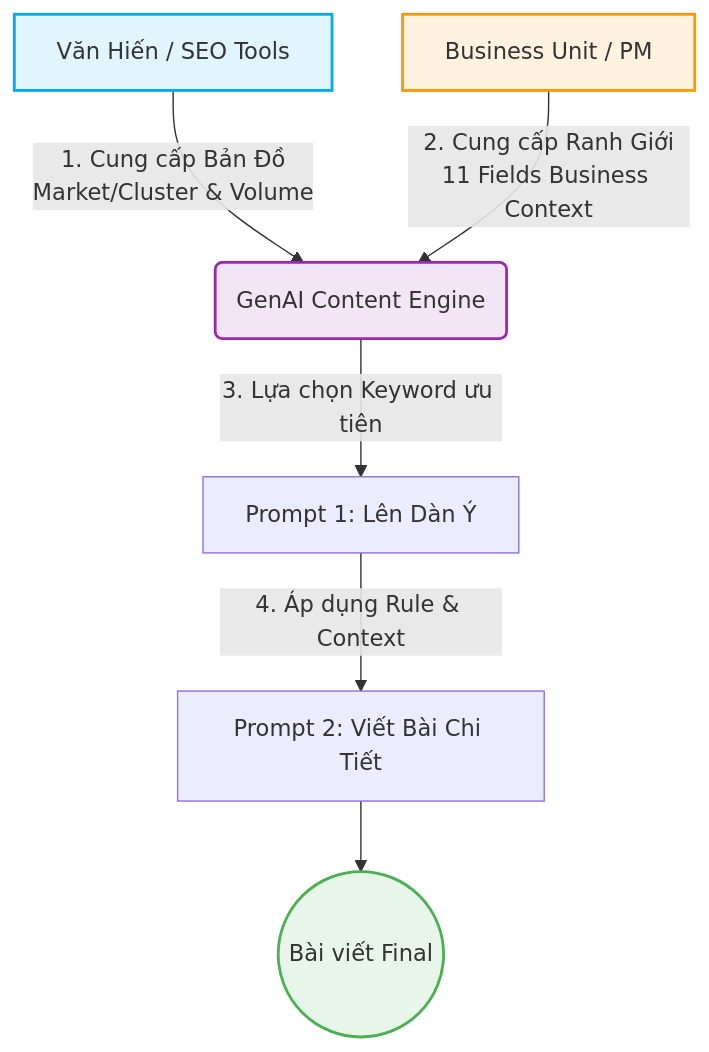
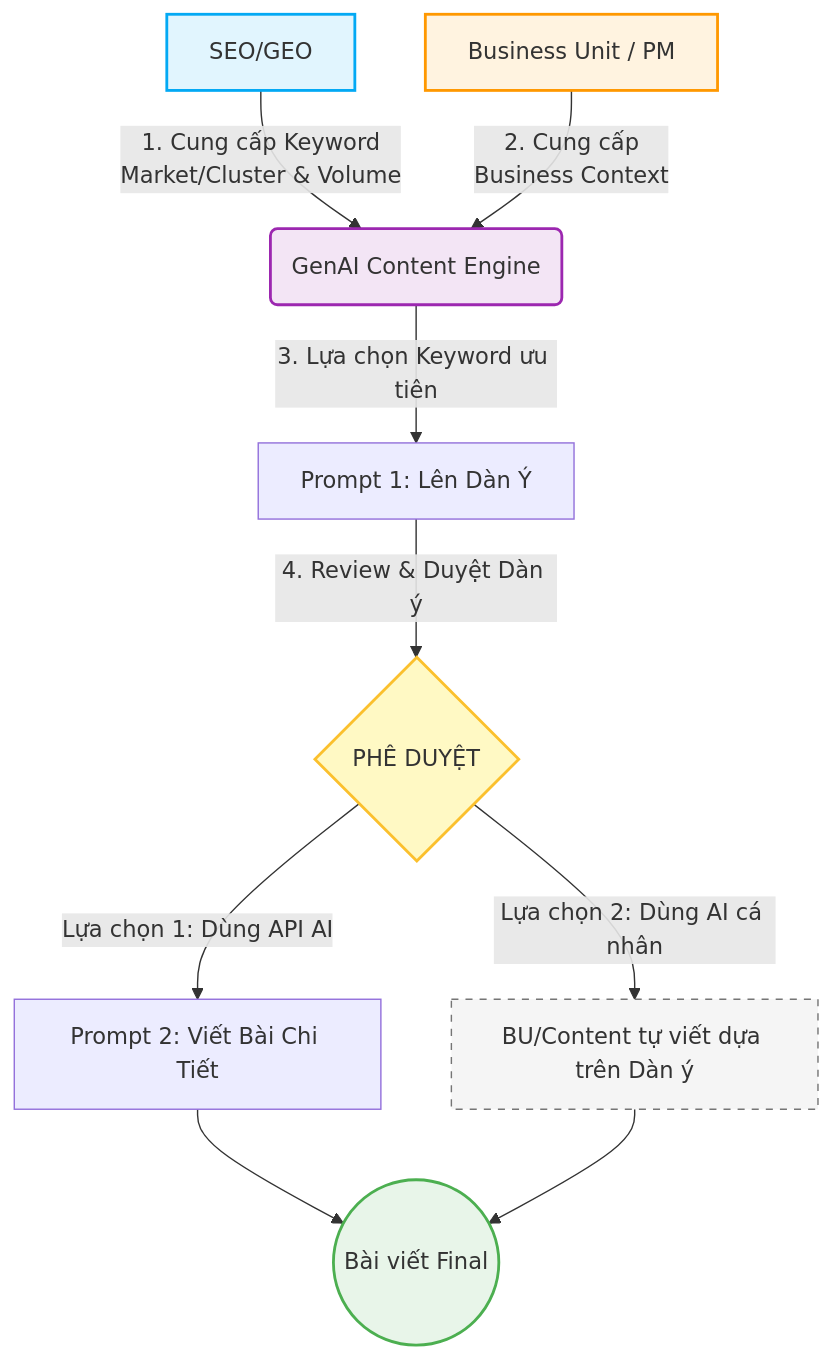
The first of 3 diagrams in 03_MOSPARK_PLATFORM/mospark_genai_content.md (vanhien26/hienho-knowledgebase), drawn with Mermaid before and after one commit. The commit also changed other lines of this file and 27 other files, not shown here.

````diff
--- a/03_MOSPARK_PLATFORM/mospark_genai_content.md
+++ b/03_MOSPARK_PLATFORM/mospark_genai_content.md
@@ -37,15 +37,22 @@
 ```mermaid
 graph TD
-    A[Văn Hiến / SEO Tools] -->|1. Cung cấp Bản Đồ<br/>Market/Cluster & Volume| C(GenAI Content Engine)
-    B[Business Unit / PM] -->|2. Cung cấp Ranh Giới<br/>11 Fields Business Context| C
+    A[SEO/GEO] -->|1. Cung cấp Keyword<br/>Market/Cluster & Volume| C(GenAI Content Engine)
+    B[Business Unit / PM] -->|2. Cung cấp <br/>Business Context| C
     
     C -->|3. Lựa chọn Keyword ưu tiên| D[Prompt 1: Lên Dàn Ý]
-    D -->|4. Áp dụng Rule & Context| E[Prompt 2: Viết Bài Chi Tiết]
+    D -->|4. Review & Duyệt Dàn ý| R{PHÊ DUYỆT}
+    
+    %% Branching
+    R -- "Lựa chọn 1: Dùng API AI" --> E[Prompt 2: Viết Bài Chi Tiết]
+    R -- "Lựa chọn 2: Dùng AI cá nhân" --> M[BU/Content tự viết dựa trên Dàn ý]
     
     E --> F((Bài viết Final))
+    M --> F
     
     style A fill:#e1f5fe,stroke:#03a9f4,stroke-width:2px
     style B fill:#fff3e0,stroke:#ff9800,stroke-width:2px
     style C fill:#f3e5f5,stroke:#9c27b0,stroke-width:2px
+    style R fill:#fff9c4,stroke:#fbc02d,stroke-width:2px
+    style M fill:#f5f5f5,stroke:#757575,stroke-dasharray: 5 5
     style F fill:#e8f5e9,stroke:#4caf50,stroke-width:2px
 ```
````
